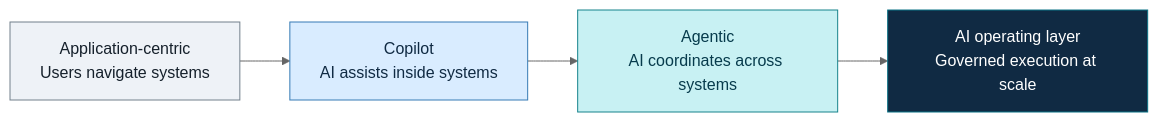
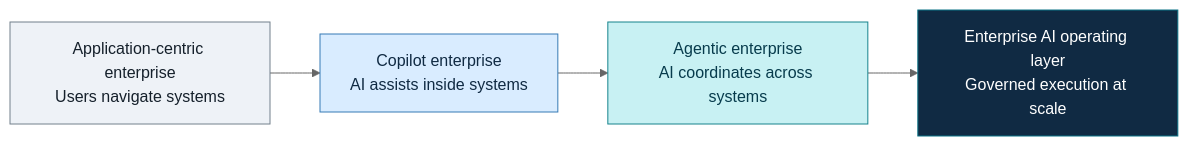
Before and after one commit to SawabS/temp: the first of 7 diagrams in jpmorgan_enterprise_ai_cto_brief.md, drawn with Mermaid (neutral theme). The commit also changed other lines of this file, not shown here.

Commit message:
docs: cinematic rewrite of CTO brief with detailed architecture and roadmap

````diff
--- a/jpmorgan_enterprise_ai_cto_brief.md
+++ b/jpmorgan_enterprise_ai_cto_brief.md
@@ -35,11 +35,11 @@
 ```mermaid
 flowchart LR
-    A["Application-centric<br/>Users navigate systems"] --> B["Copilot<br/>AI assists inside systems"]
-    B --> C["Agentic<br/>AI coordinates across systems"]
-    C --> D["AI operating layer<br/>Governed execution at scale"]
+    A["Application-centric enterprise<br/>Users navigate systems"] --> B["Copilot enterprise<br/>AI assists inside systems"]
+    B --> C["Agentic enterprise<br/>AI coordinates across systems"]
+    C --> D["Enterprise AI operating layer<br/>Governed execution at scale"]
 
     style A fill:#eef2f7,stroke:#73808c,color:#15202b
     style B fill:#d9ecff,stroke:#367bb5,color:#102a43
     style C fill:#c8f1f3,stroke:#16838c,color:#073b4c
     style D fill:#102a43,stroke:#0b7285,color:#ffffff
 ```
````
